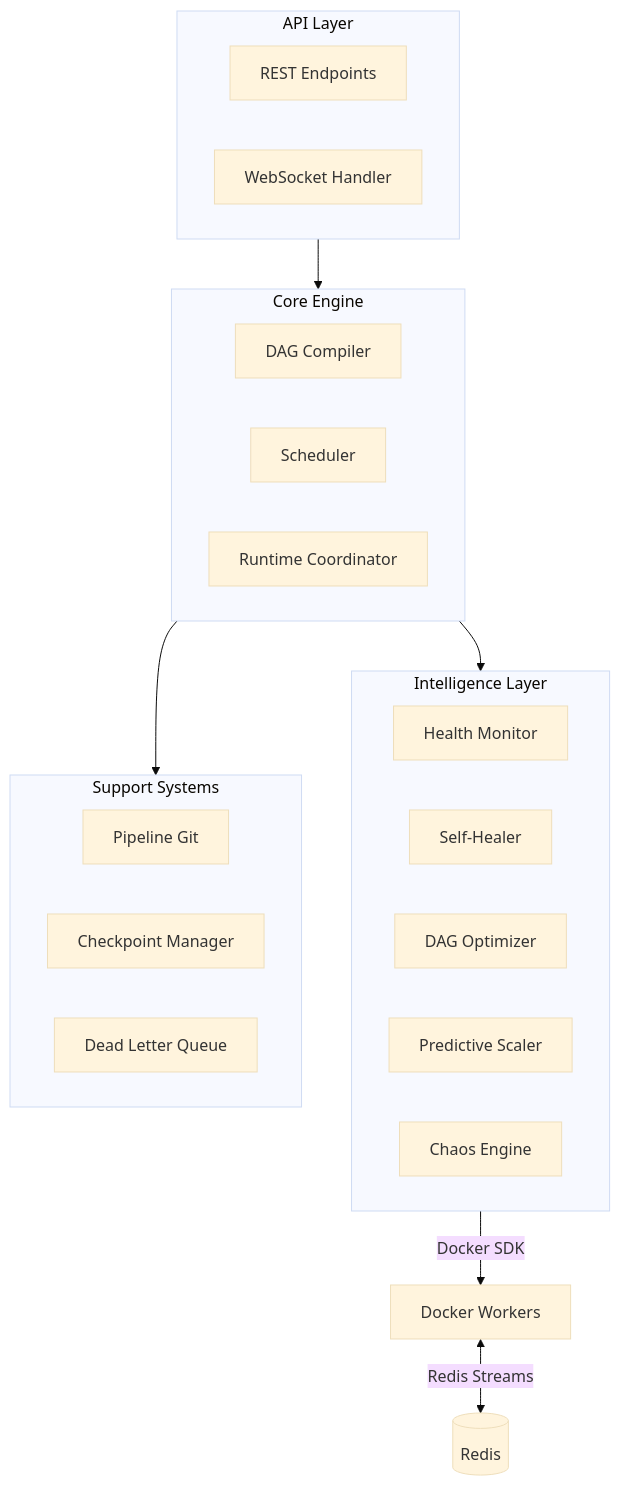
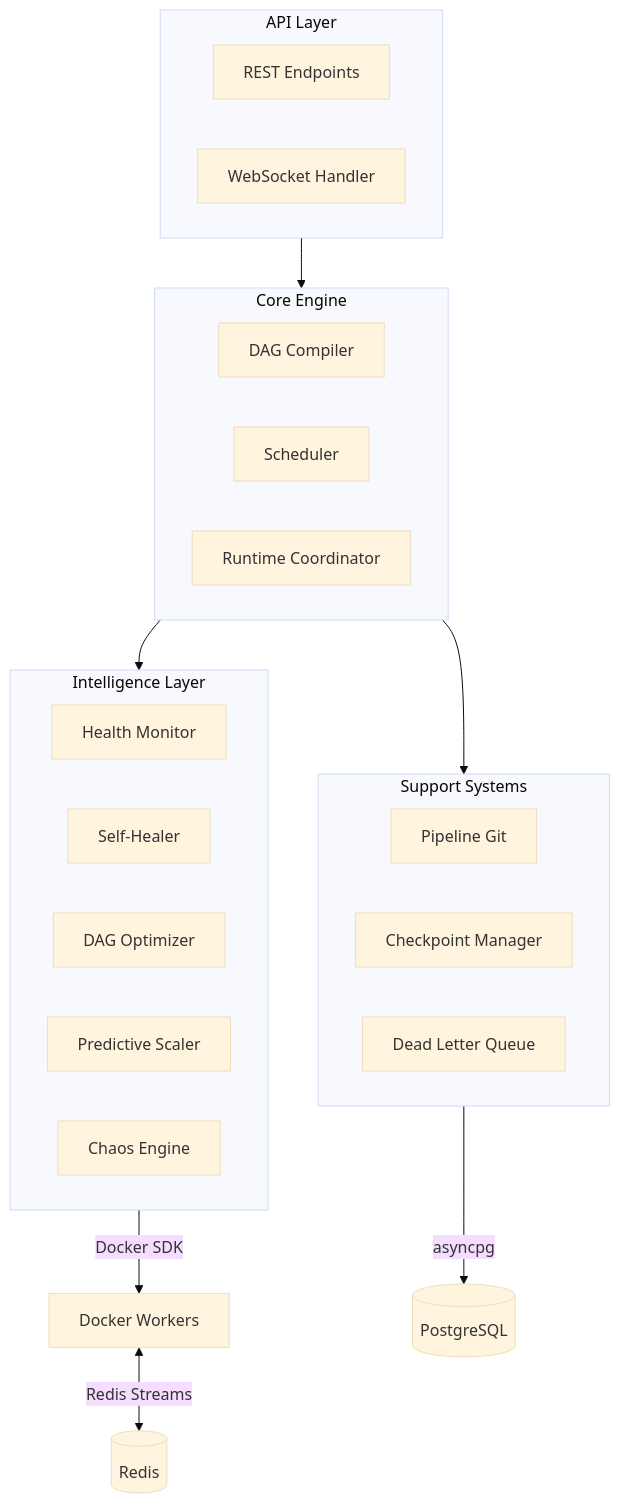
Before and after one commit to rathinadev/Flowstorm: the diagram in README.md, drawn with Mermaid (base theme). The commit also changed other lines of this file and 6 other files, not shown here.

First line of the commit message:
refactor: replace Redis with PostgreSQL for persistent storage

````diff
--- a/README.md
+++ b/README.md
@@ -7,33 +7,34 @@
 ```mermaid
 graph TD
     subgraph API["API Layer"]
         REST[REST Endpoints]
         WS[WebSocket Handler]
     end
 
     subgraph Engine["Core Engine"]
         DAG[DAG Compiler]
         SCH[Scheduler]
         RT[Runtime Coordinator]
     end
 
     subgraph Intelligence["Intelligence Layer"]
         HM[Health Monitor]
         HL[Self-Healer]
         OPT[DAG Optimizer]
         PS[Predictive Scaler]
         CE[Chaos Engine]
     end
 
     subgraph Support["Support Systems"]
         PG[Pipeline Git]
         CKP[Checkpoint Manager]
         DLQ[Dead Letter Queue]
     end
 
     API --> Engine
     Engine --> Intelligence
     Engine --> Support
     Intelligence -->|Docker SDK| Workers[Docker Workers]
     Workers <-->|Redis Streams| Transport[(Redis)]
+    Support -->|asyncpg| PG_DB[(PostgreSQL)]
 ```
````
